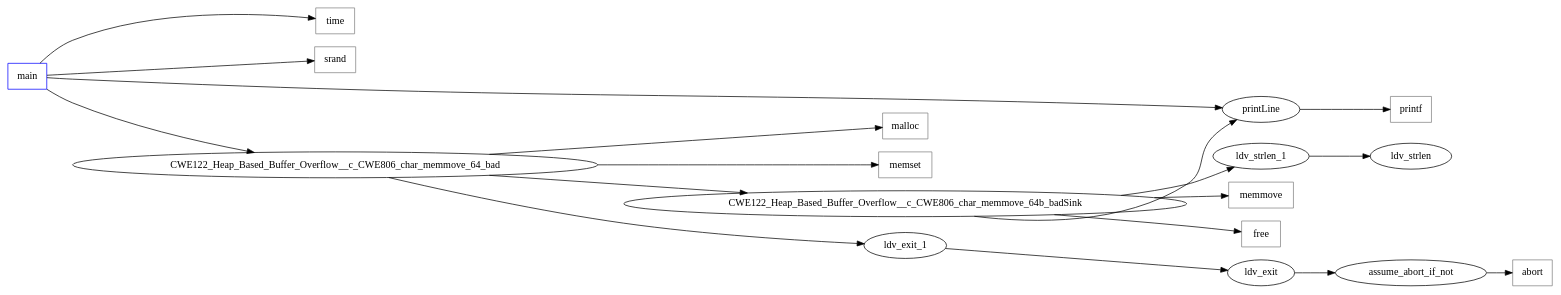
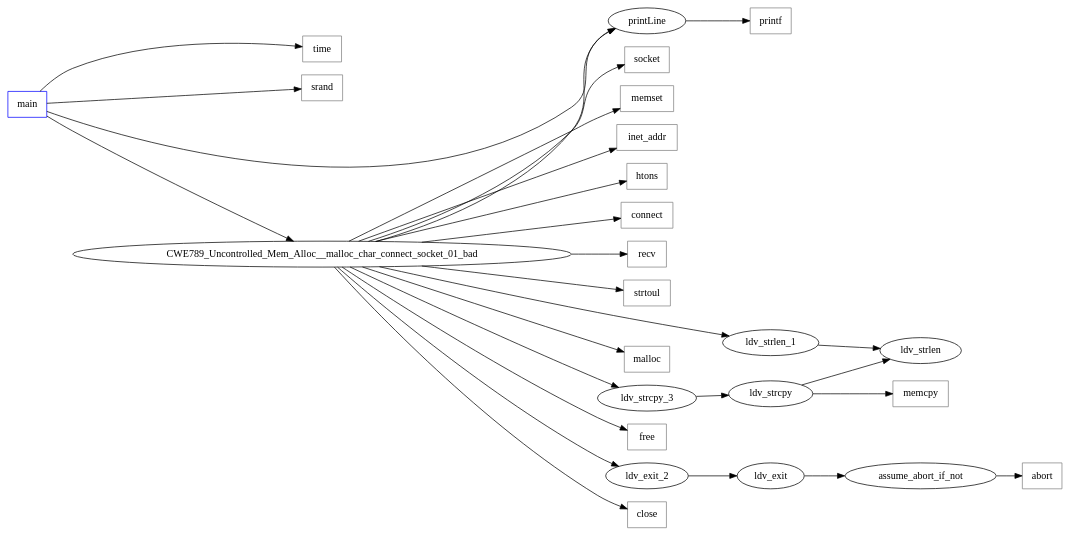
One commit to rifatbit0401/svcomp changed the diagram in Juliet_Test_Copy_1/output/functionCallsUsed.dot. Above: the diagram before and after it, drawn with Graphviz. The commit also changed 73 other files, not shown here.

```diff
--- a/Juliet_Test_Copy_1/output/functionCallsUsed.dot
+++ b/Juliet_Test_Copy_1/output/functionCallsUsed.dot
@@ -1,38 +1,55 @@
 digraph functioncalls {
 rankdir=LR;
 
 main [shape="box", color=blue];
 time [label="time", shape="box", color=grey];
 main -> time;
 srand [label="srand", shape="box", color=grey];
 main -> srand;
 printLine [label="printLine", ];
 main -> printLine;
-CWE122_Heap_Based_Buffer_Overflow__c_CWE806_char_memmove_64_bad [label="CWE122_Heap_Based_Buffer_Overflow__c_CWE806_char_memmove_64_bad", ];
-main -> CWE122_Heap_Based_Buffer_Overflow__c_CWE806_char_memmove_64_bad;
+CWE789_Uncontrolled_Mem_Alloc__malloc_char_connect_socket_01_bad [label="CWE789_Uncontrolled_Mem_Alloc__malloc_char_connect_socket_01_bad", ];
+main -> CWE789_Uncontrolled_Mem_Alloc__malloc_char_connect_socket_01_bad;
 printf [label="printf", shape="box", color=grey];
 printLine -> printf;
+socket [label="socket", shape="box", color=grey];
+CWE789_Uncontrolled_Mem_Alloc__malloc_char_connect_socket_01_bad -> socket;
+memset [label="memset", shape="box", color=grey];
+CWE789_Uncontrolled_Mem_Alloc__malloc_char_connect_socket_01_bad -> memset;
+inet_addr [label="inet_addr", shape="box", color=grey];
+CWE789_Uncontrolled_Mem_Alloc__malloc_char_connect_socket_01_bad -> inet_addr;
+htons [label="htons", shape="box", color=grey];
+CWE789_Uncontrolled_Mem_Alloc__malloc_char_connect_socket_01_bad -> htons;
+connect [label="connect", shape="box", color=grey];
+CWE789_Uncontrolled_Mem_Alloc__malloc_char_connect_socket_01_bad -> connect;
+recv [label="recv", shape="box", color=grey];
+CWE789_Uncontrolled_Mem_Alloc__malloc_char_connect_socket_01_bad -> recv;
+strtoul [label="strtoul", shape="box", color=grey];
+CWE789_Uncontrolled_Mem_Alloc__malloc_char_connect_socket_01_bad -> strtoul;
+ldv_strlen_1 [label="ldv_strlen_1", ];
+CWE789_Uncontrolled_Mem_Alloc__malloc_char_connect_socket_01_bad -> ldv_strlen_1;
+CWE789_Uncontrolled_Mem_Alloc__malloc_char_connect_socket_01_bad -> printLine;
 malloc [label="malloc", shape="box", color=grey];
-CWE122_Heap_Based_Buffer_Overflow__c_CWE806_char_memmove_64_bad -> malloc;
-memset [label="memset", shape="box", color=grey];
-CWE122_Heap_Based_Buffer_Overflow__c_CWE806_char_memmove_64_bad -> memset;
-CWE122_Heap_Based_Buffer_Overflow__c_CWE806_char_memmove_64b_badSink [label="CWE122_Heap_Based_Buffer_Overflow__c_CWE806_char_memmove_64b_badSink", ];
-CWE122_Heap_Based_Buffer_Overflow__c_CWE806_char_memmove_64_bad -> CWE122_Heap_Based_Buffer_Overflow__c_CWE806_char_memmove_64b_badSink;
-ldv_exit_1 [label="ldv_exit_1", ];
-CWE122_Heap_Based_Buffer_Overflow__c_CWE806_char_memmove_64_bad -> ldv_exit_1;
-ldv_strlen_1 [label="ldv_strlen_1", ];
-CWE122_Heap_Based_Buffer_Overflow__c_CWE806_char_memmove_64b_badSink -> ldv_strlen_1;
-memmove [label="memmove", shape="box", color=grey];
-CWE122_Heap_Based_Buffer_Overflow__c_CWE806_char_memmove_64b_badSink -> memmove;
-CWE122_Heap_Based_Buffer_Overflow__c_CWE806_char_memmove_64b_badSink -> printLine;
+CWE789_Uncontrolled_Mem_Alloc__malloc_char_connect_socket_01_bad -> malloc;
+ldv_strcpy_3 [label="ldv_strcpy_3", ];
+CWE789_Uncontrolled_Mem_Alloc__malloc_char_connect_socket_01_bad -> ldv_strcpy_3;
 free [label="free", shape="box", color=grey];
-CWE122_Heap_Based_Buffer_Overflow__c_CWE806_char_memmove_64b_badSink -> free;
-ldv_exit [label="ldv_exit", ];
-ldv_exit_1 -> ldv_exit;
+CWE789_Uncontrolled_Mem_Alloc__malloc_char_connect_socket_01_bad -> free;
+ldv_exit_2 [label="ldv_exit_2", ];
+CWE789_Uncontrolled_Mem_Alloc__malloc_char_connect_socket_01_bad -> ldv_exit_2;
+close [label="close", shape="box", color=grey];
+CWE789_Uncontrolled_Mem_Alloc__malloc_char_connect_socket_01_bad -> close;
 ldv_strlen [label="ldv_strlen", ];
 ldv_strlen_1 -> ldv_strlen;
+ldv_strcpy [label="ldv_strcpy", ];
+ldv_strcpy_3 -> ldv_strcpy;
+ldv_exit [label="ldv_exit", ];
+ldv_exit_2 -> ldv_exit;
+ldv_strcpy -> ldv_strlen;
+memcpy [label="memcpy", shape="box", color=grey];
+ldv_strcpy -> memcpy;
 assume_abort_if_not [label="assume_abort_if_not", ];
 ldv_exit -> assume_abort_if_not;
 abort [label="abort", shape="box", color=grey];
 assume_abort_if_not -> abort;
 }
```
